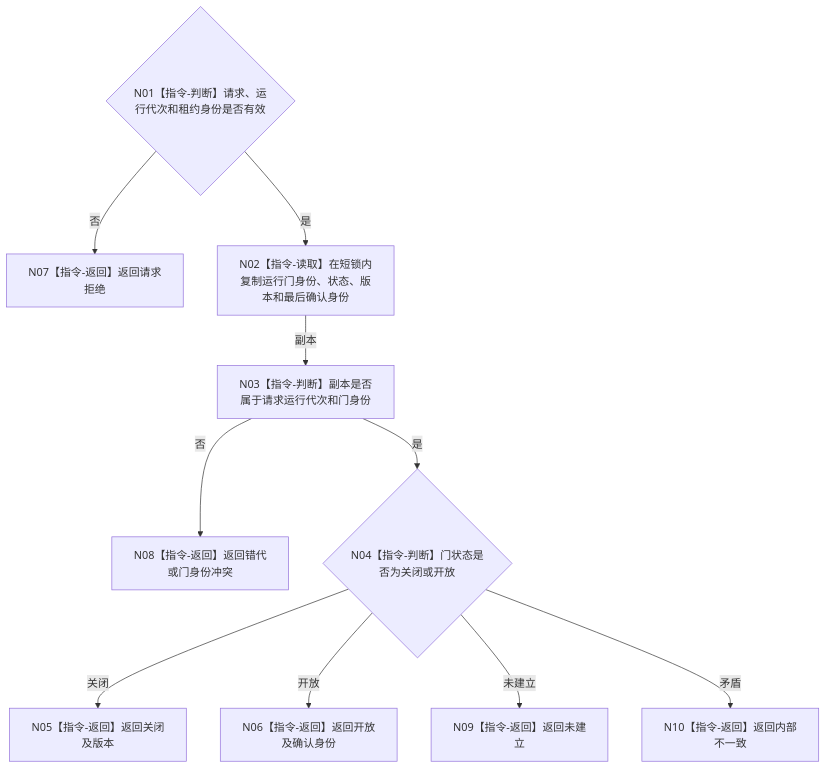
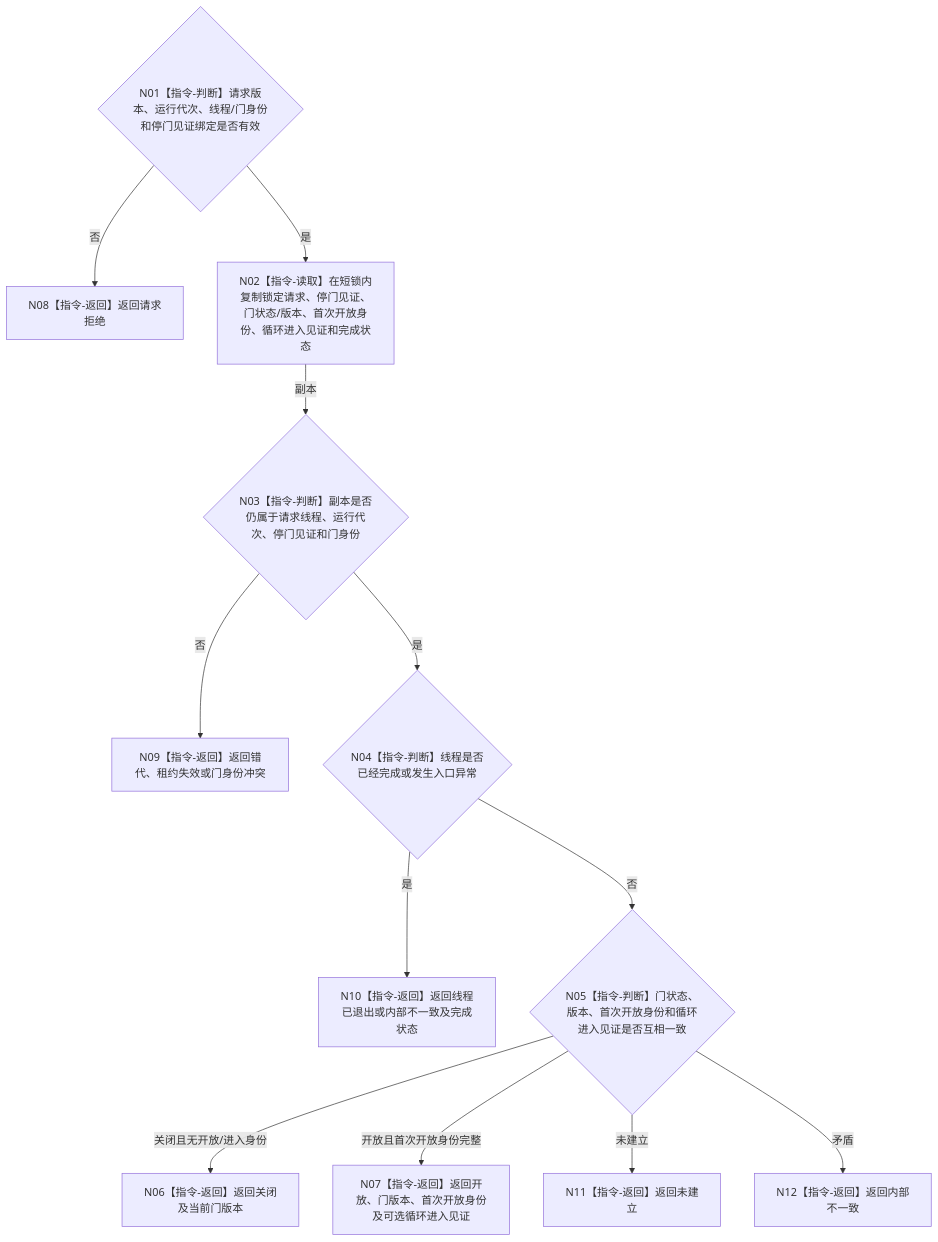
Before and after one commit to chunhaizh-cyber/HY-Ego: the diagram in 流程图/目标业务流程图/L3/BIZ-L3-001-08-01_读取自我治理运行门_目标函数流程图_v0.1.md, drawn with Mermaid. The commit also changed other lines of this file and 16 other files, not shown here.

````diff
--- a/流程图/目标业务流程图/L3/BIZ-L3-001-08-01_读取自我治理运行门_目标函数流程图_v0.1.md
+++ b/流程图/目标业务流程图/L3/BIZ-L3-001-08-01_读取自我治理运行门_目标函数流程图_v0.1.md
@@ -30,12 +30,14 @@
 ```mermaid
 flowchart TD
-    N01{"N01【指令-判断】请求、运行代次和租约身份是否有效"} -->|否| N07["N07【指令-返回】返回请求拒绝"]
-    N01 -->|是| N02["N02【指令-读取】在短锁内复制运行门身份、状态、版本和最后确认身份"]
-    N02 -->|副本| N03["N03【指令-判断】副本是否属于请求运行代次和门身份"]
-    N03 -->|否| N08["N08【指令-返回】返回错代或门身份冲突"]
-    N03 -->|是| N04{"N04【指令-判断】门状态是否为关闭或开放"}
-    N04 -->|关闭| N05["N05【指令-返回】返回关闭及版本"]
-    N04 -->|开放| N06["N06【指令-返回】返回开放及确认身份"]
-    N04 -->|未建立| N09["N09【指令-返回】返回未建立"]
-    N04 -->|矛盾| N10["N10【指令-返回】返回内部不一致"]
+    N01{"N01【指令-判断】请求版本、运行代次、线程/门身份和停门见证绑定是否有效"} -->|否| N08["N08【指令-返回】返回请求拒绝"]
+    N01 -->|是| N02["N02【指令-读取】在短锁内复制锁定请求、停门见证、门状态/版本、首次开放身份、循环进入见证和完成状态"]
+    N02 -->|副本| N03{"N03【指令-判断】副本是否仍属于请求线程、运行代次、停门见证和门身份"}
+    N03 -->|否| N09["N09【指令-返回】返回错代、租约失效或门身份冲突"]
+    N03 -->|是| N04{"N04【指令-判断】线程是否已经完成或发生入口异常"}
+    N04 -->|是| N10["N10【指令-返回】返回线程已退出或内部不一致及完成状态"]
+    N04 -->|否| N05{"N05【指令-判断】门状态、版本、首次开放身份和循环进入见证是否互相一致"}
+    N05 -->|关闭且无开放/进入身份| N06["N06【指令-返回】返回关闭及当前门版本"]
+    N05 -->|开放且首次开放身份完整| N07["N07【指令-返回】返回开放、门版本、首次开放身份及可选循环进入见证"]
+    N05 -->|未建立| N11["N11【指令-返回】返回未建立"]
+    N05 -->|矛盾| N12["N12【指令-返回】返回内部不一致"]
 ```
````
